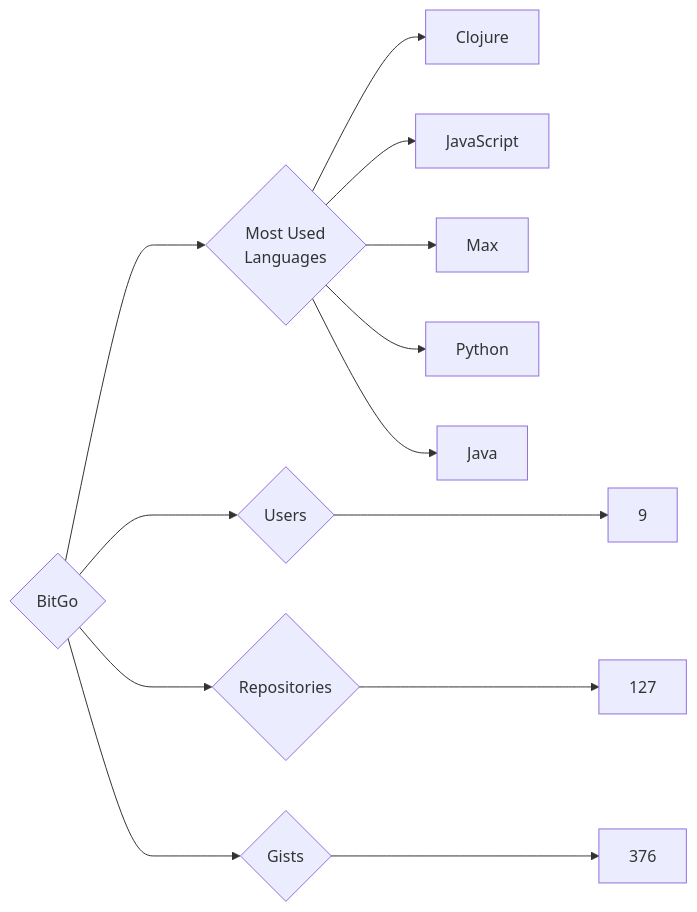
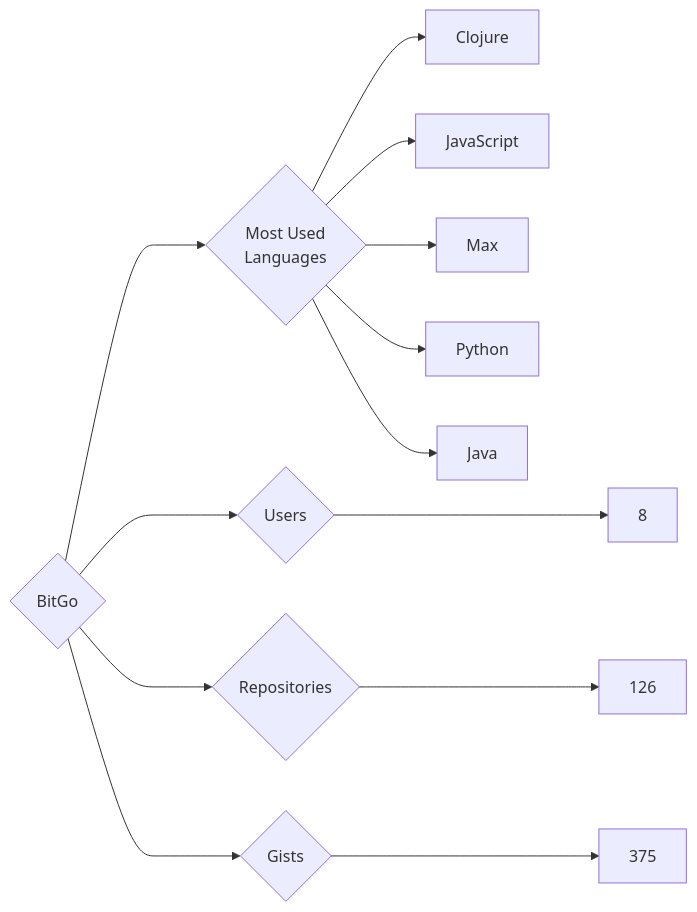
Before and after one commit to trickest/insiders: the diagram in targets/BitGo/README.md, drawn with Mermaid. The commit also changed 1212 other files, not shown here.

````diff
--- a/targets/BitGo/README.md
+++ b/targets/BitGo/README.md
@@ -3,13 +3,13 @@
 ```mermaid
 graph LR
 COMPANY_NAME{BitGo}
-COMPANY_NAME ---> U{Users} ---> UN[9]
-COMPANY_NAME ---> R{Repositories} ---> RN[127]
-COMPANY_NAME ---> G{Gists} ---> GN[376]
+COMPANY_NAME ---> U{Users} ---> UN[8]
+COMPANY_NAME ---> R{Repositories} ---> RN[126]
+COMPANY_NAME ---> G{Gists} ---> GN[375]
 COMPANY_NAME ---> ML{Most Used<br>Languages}
 ML --> Clojure[Clojure]
 ML --> JavaScript[JavaScript]
 ML --> Max[Max]
 ML --> Python[Python]
 ML --> Java[Java]
 ```
````
